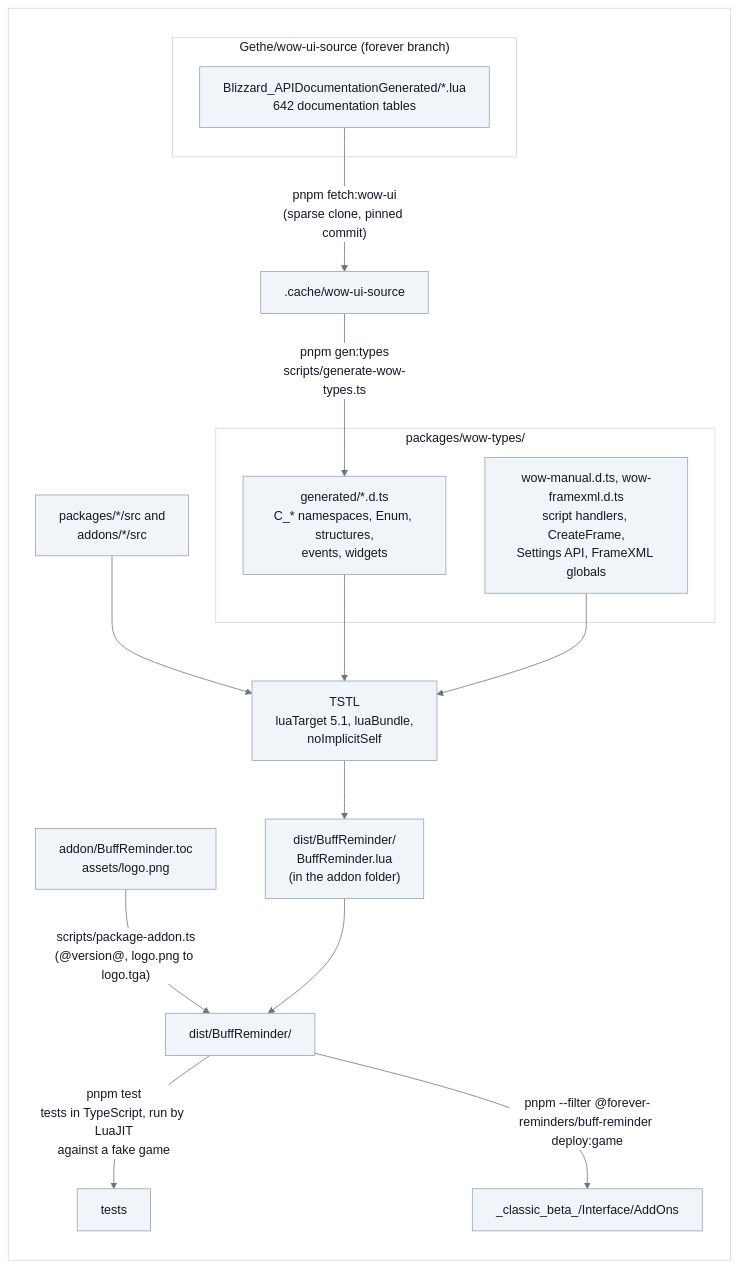
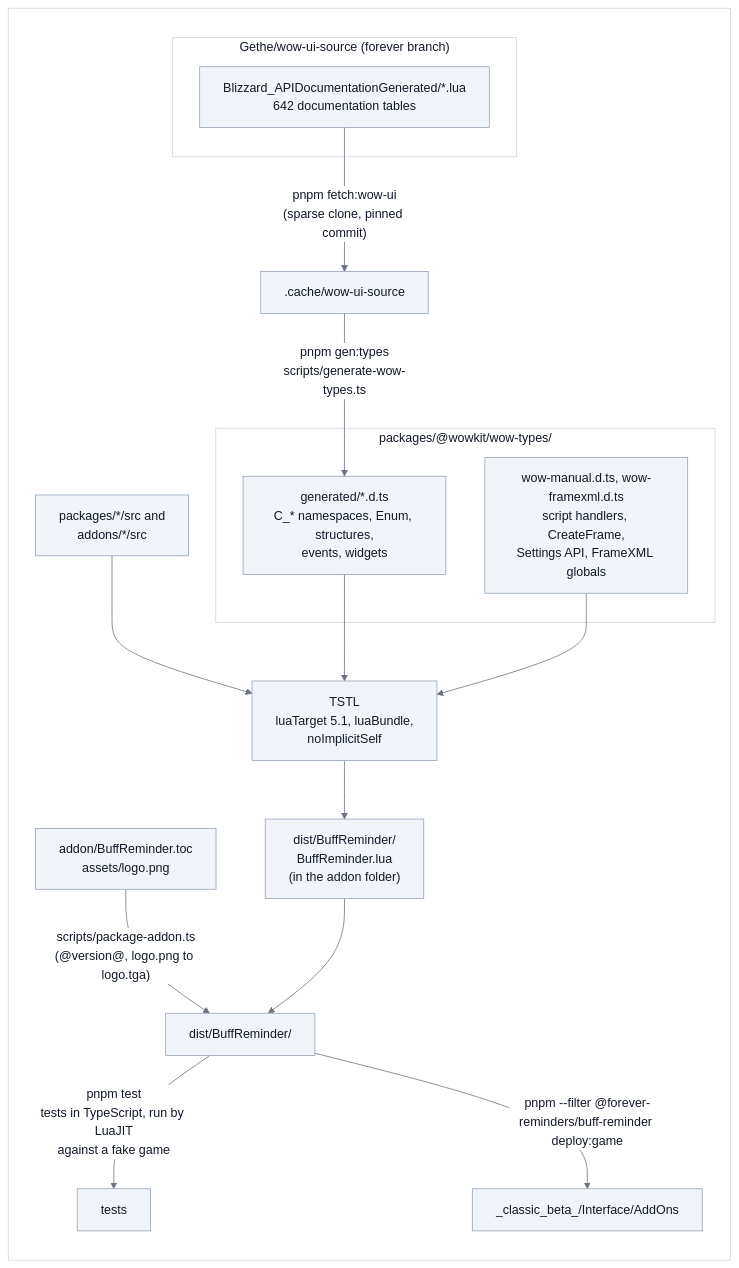
The first of 9 diagrams in docs/architecture.md (vattiss/wowkit), drawn with Mermaid before and after one commit. The commit also changed other lines of this file and 205 other files, not shown here.

First line of the commit message:
refactor: make wow a pure facade, and add wow-data, shared and the wowkit-check addon

````diff
--- a/docs/architecture.md
+++ b/docs/architecture.md
@@ -43,29 +46,29 @@
 ```mermaid
 %%{init: {"theme":"base","themeVariables":{"background":"#ffffff","lineColor":"#6b7280","textColor":"#111827","primaryColor":"#f1f5f9","primaryTextColor":"#111827","primaryBorderColor":"#94a3b8","secondaryColor":"#e2e8f0","tertiaryColor":"#ffffff","mainBkg":"#f1f5f9","nodeBorder":"#94a3b8","nodeTextColor":"#111827","titleColor":"#111827","edgeLabelBackground":"#ffffff","labelBackground":"#ffffff","labelTextColor":"#111827","clusterBkg":"#ffffff","clusterBorder":"#d1d5db","classText":"#111827","actorBkg":"#f1f5f9","actorTextColor":"#111827","actorBorder":"#94a3b8","actorLineColor":"#6b7280","signalColor":"#374151","signalTextColor":"#111827","noteBkgColor":"#fef9c3","noteTextColor":"#111827","noteBorderColor":"#ca8a04"}}}%%
 flowchart LR
     classDef default fill:#f1f5f9,stroke:#94a3b8,color:#111827
     subgraph PANEL[" "]
         subgraph upstream["Gethe/wow-ui-source (forever branch)"]
             docs["Blizzard_APIDocumentationGenerated/*.lua<br/>642 documentation tables"]
         end
 
-        subgraph typings["packages/wow-types/"]
+        subgraph typings["packages/@wowkit/wow-types/"]
             generated["generated/*.d.ts<br/>C_* namespaces, Enum, structures,<br/>events, widgets"]
             manual["wow-manual.d.ts, wow-framexml.d.ts<br/>script handlers, CreateFrame,<br/>Settings API, FrameXML globals"]
         end
 
         docs -- "pnpm fetch:wow-ui<br/>(sparse clone, pinned commit)" --> cache[".cache/wow-ui-source"]
         cache -- "pnpm gen:types<br/>scripts/generate-wow-types.ts" --> generated
 
         src["packages/*/src and<br/>addons/*/src"] --> tstl["TSTL<br/>luaTarget 5.1, luaBundle,<br/>noImplicitSelf"]
         generated --> tstl
         manual --> tstl
         tstl --> lua["dist/BuffReminder/<br/>BuffReminder.lua<br/>(in the addon folder)"]
         toc["addon/BuffReminder.toc<br/>assets/logo.png"] -- "scripts/package-addon.ts<br/>(@version@, logo.png to logo.tga)" --> dist["dist/BuffReminder/"]
         lua --> dist
         dist -- "pnpm test<br/>tests in TypeScript, run by LuaJIT<br/>against a fake game" --> smoke["tests"]
         dist -- "pnpm --filter @forever-reminders/buff-reminder deploy:game" --> game["_classic_beta_/Interface/AddOns"]
     end
     classDef panel fill:#ffffff,stroke:#d1d5db,color:#111827
     class PANEL panel
 ```
````
